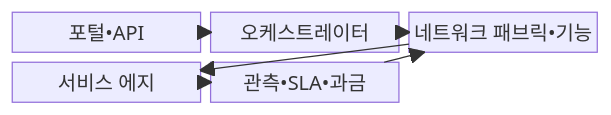
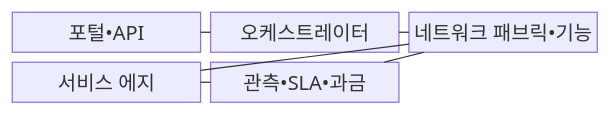
One commit to agnusdei1207/knowledge-base changed the first of 2 diagrams in src/content/docs/notes/04-network/060_network_as_a_service.md. Above: the diagram before and after it, drawn with Mermaid. The commit also changed other lines of this file and 493 other files, not shown here.

````diff
--- a/src/content/docs/notes/04-network/060_network_as_a_service.md
+++ b/src/content/docs/notes/04-network/060_network_as_a_service.md
@@ -68,14 +68,14 @@
 ```mermaid
 block-beta
     columns 3
     A["포털•API"]
     B["오케스트레이터"]
     C["네트워크 패브릭•기능"]
     D["서비스 에지"]
     E["관측•SLA•과금"]
-    A --> B
-    B --> C
-    C --> D
-    E --> C
-    E --> D
+    A --- B
+    B --- C
+    C --- D
+    E --- C
+    E --- D
 ```
````
